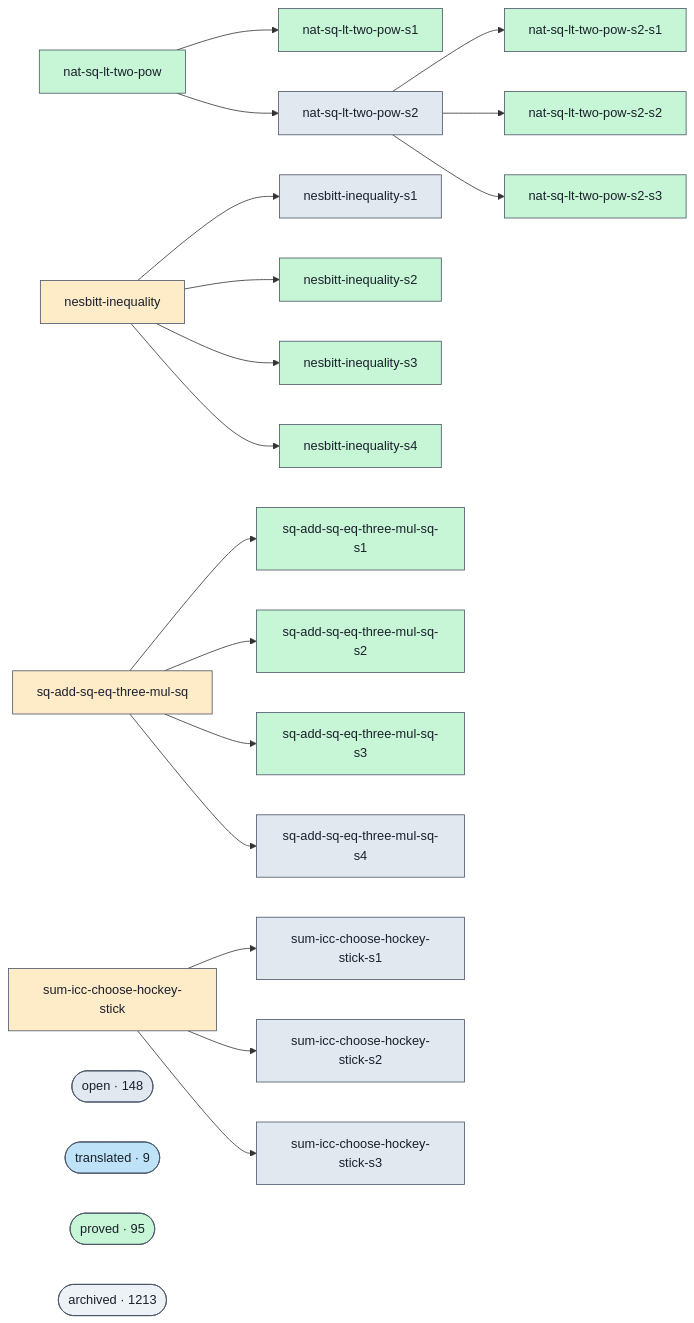
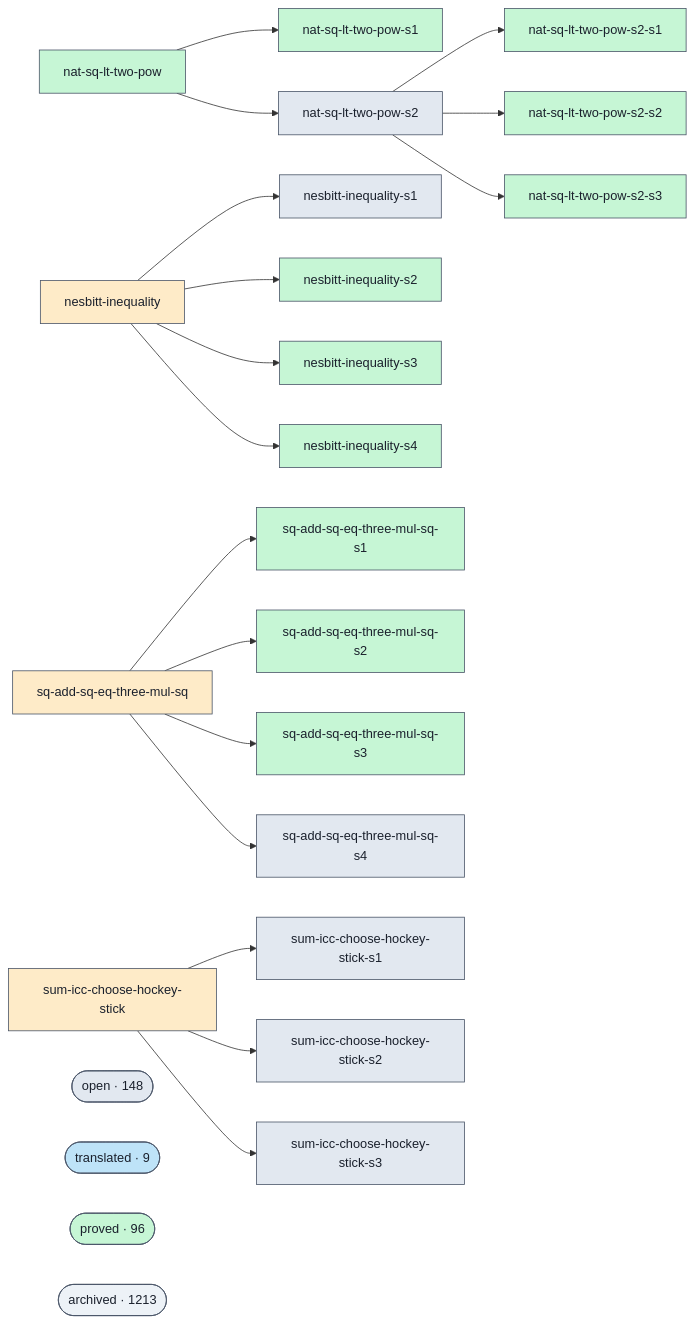
One commit to ohdearquant/unsorry changed the diagram in docs/proofs-contributors-visualisation.md. Above: the diagram before and after it, drawn with Mermaid. The commit also changed other lines of this file and 2 other files, not shown here.

```diff
--- a/docs/proofs-contributors-visualisation.md
+++ b/docs/proofs-contributors-visualisation.md
@@ -102,7 +102,7 @@
   class cluster_open open;
   cluster_translated(["translated · 9"])
   class cluster_translated translated;
-  cluster_proved(["proved · 95"])
+  cluster_proved(["proved · 96"])
   class cluster_proved proved;
   cluster_archived(["archived · 1213"])
   class cluster_archived unknown;
```
